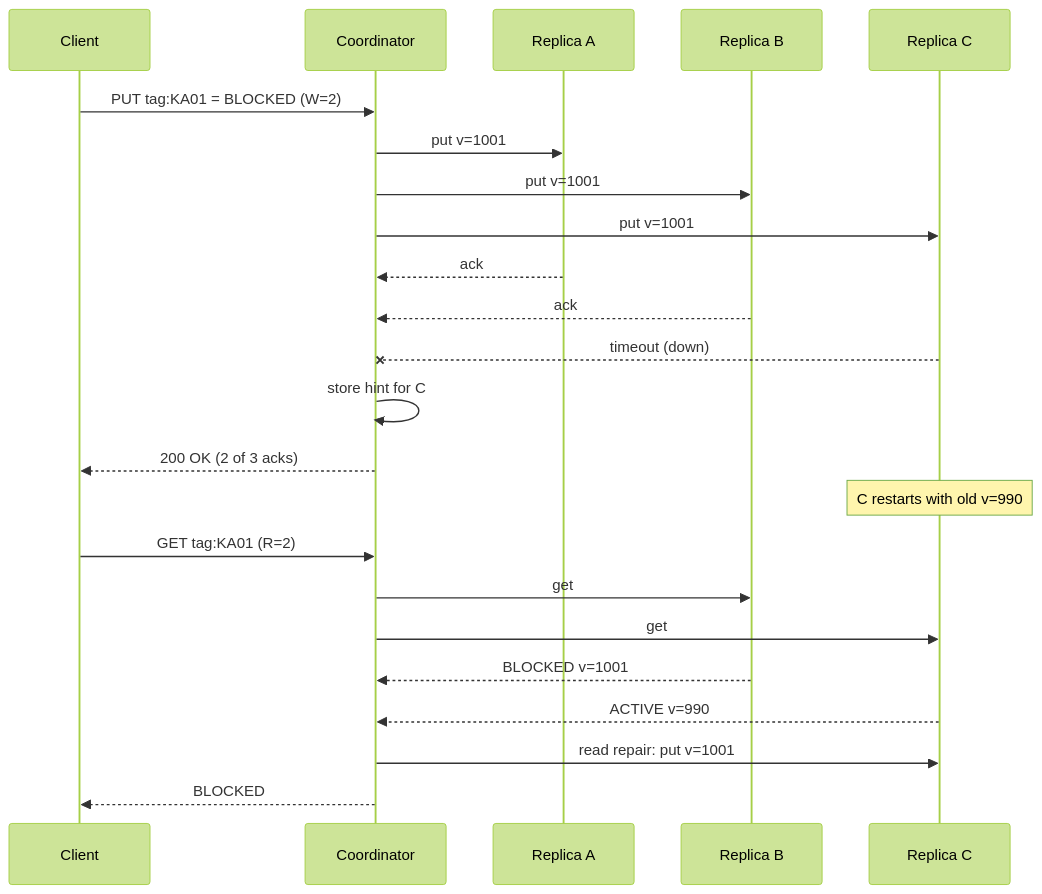
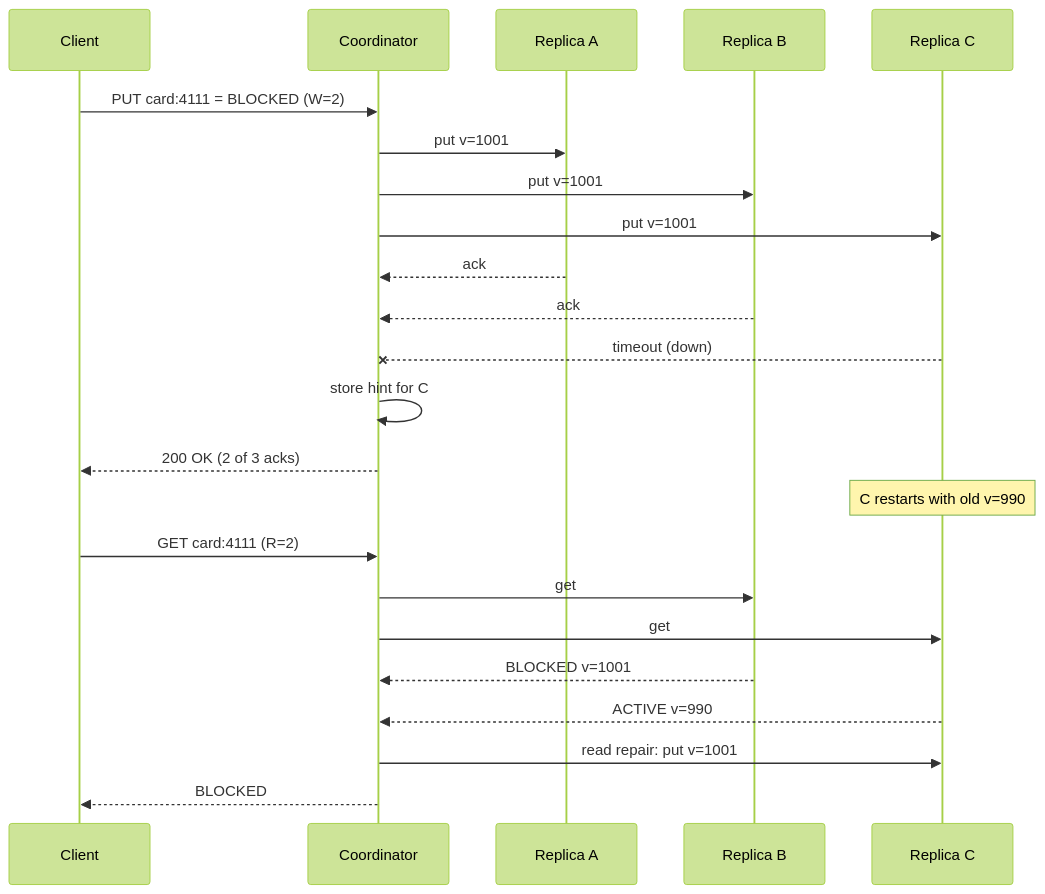
The second of 3 diagrams in content/lessons/m13/m13-quorums.md (rizwi0786/system-design-lab), drawn with Mermaid (forest theme) before and after one commit. The commit also changed other lines of this file and 334 other files, not shown here.

````diff
--- a/content/lessons/m13/m13-quorums.md
+++ b/content/lessons/m13/m13-quorums.md
@@ -198,25 +198,25 @@
 ```mermaid
 sequenceDiagram
     participant App as Client
     participant Co as Coordinator
     participant A as Replica A
     participant B as Replica B
     participant C as Replica C
-    App->>Co: PUT tag:KA01 = BLOCKED (W=2)
+    App->>Co: PUT card:4111 = BLOCKED (W=2)
     Co->>A: put v=1001
     Co->>B: put v=1001
     Co->>C: put v=1001
     A-->>Co: ack
     B-->>Co: ack
     C--xCo: timeout (down)
     Co->>Co: store hint for C
     Co-->>App: 200 OK (2 of 3 acks)
     Note over C: C restarts with old v=990
-    App->>Co: GET tag:KA01 (R=2)
+    App->>Co: GET card:4111 (R=2)
     Co->>B: get
     Co->>C: get
     B-->>Co: BLOCKED v=1001
     C-->>Co: ACTIVE v=990
     Co->>C: read repair: put v=1001
     Co-->>App: BLOCKED
 ```
````
